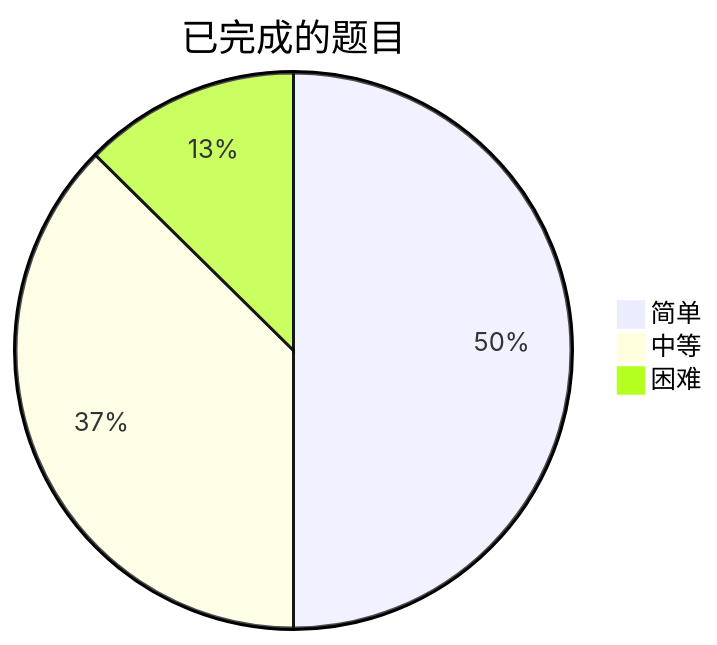
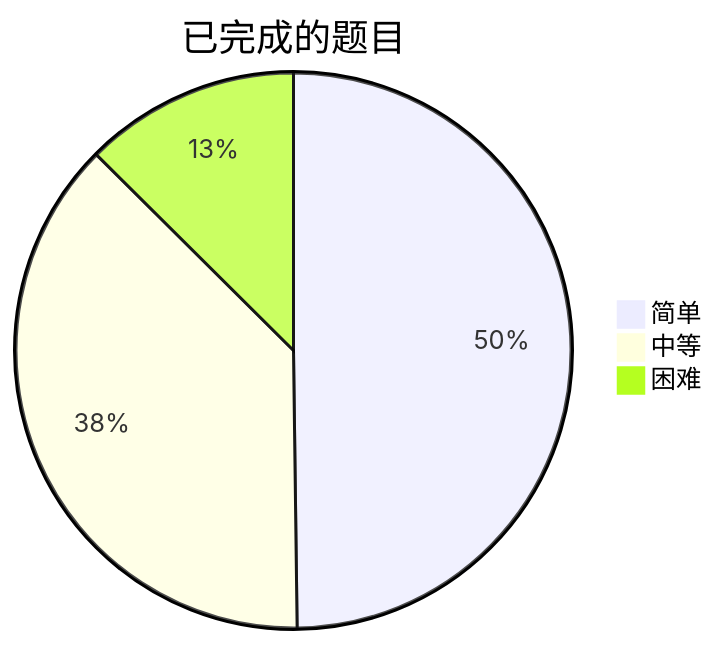
Before and after one commit to kaisa911/LeetCode: the diagram in README.md, drawn with Mermaid. The commit also changed other lines of this file and 2 other files, not shown here.

````diff
--- a/README.md
+++ b/README.md
@@ -8,7 +8,7 @@
 ```mermaid
 pie title 已完成的题目
     "简单" : 119
-    "中等" : 89
+    "中等" : 90
     "困难" : 30
 
 ```
````
